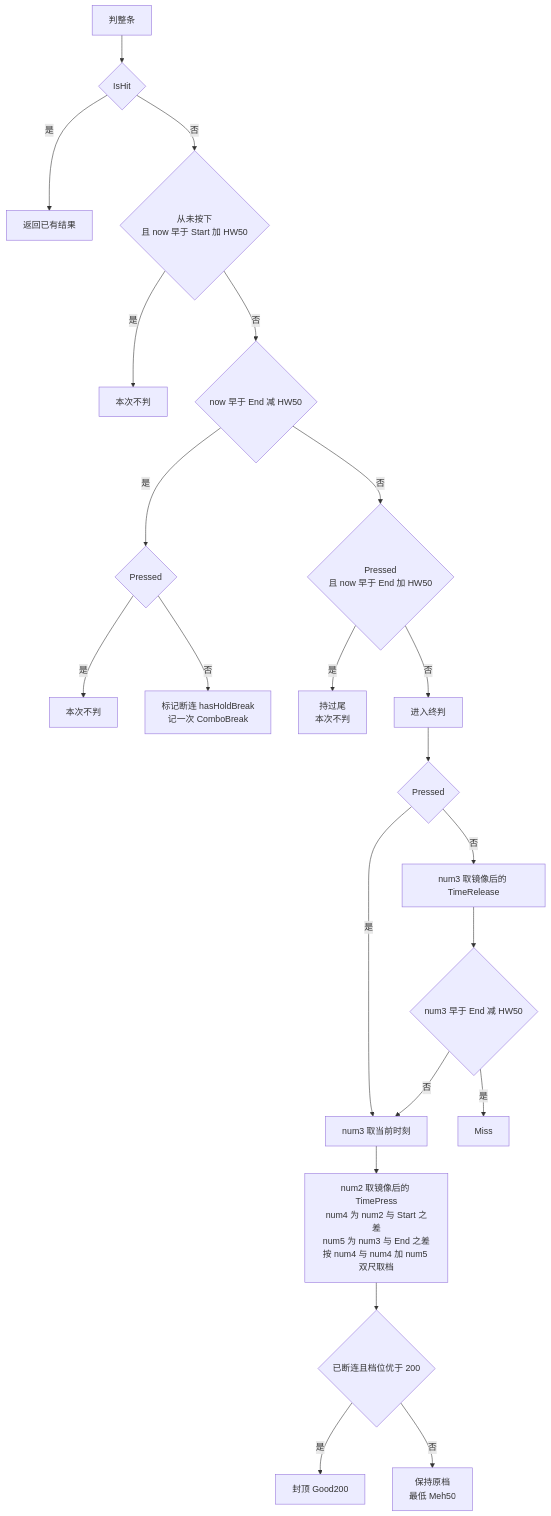
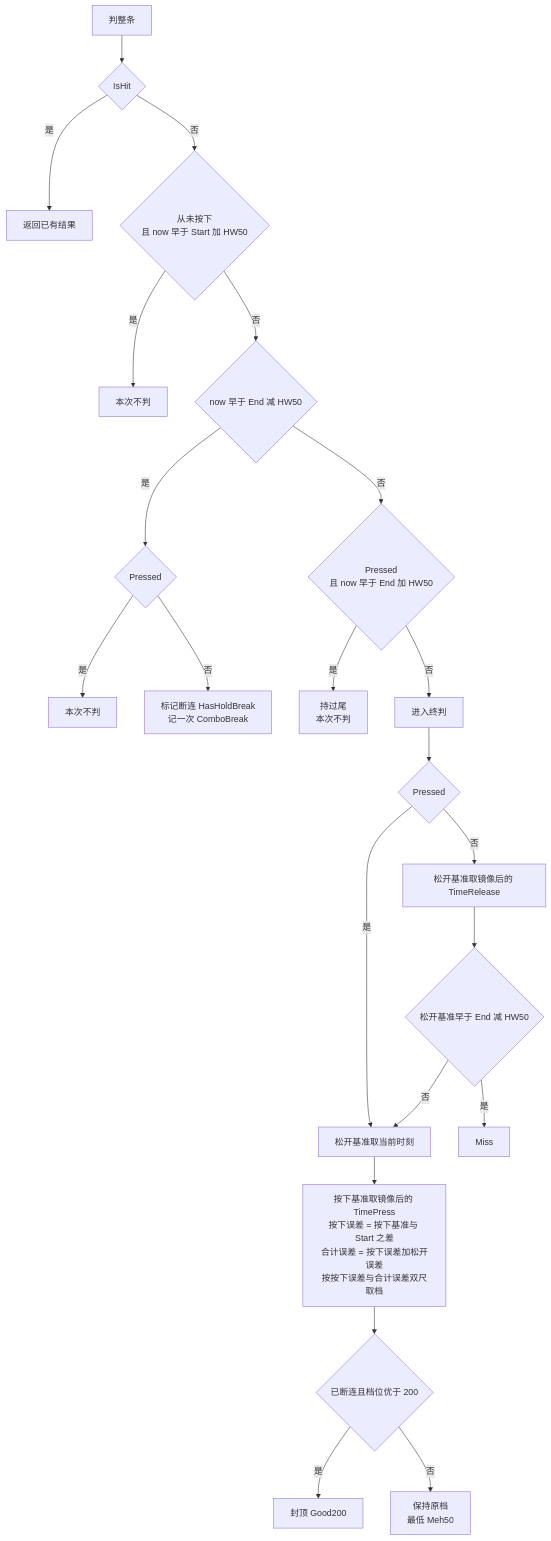
Before and after one commit to SK-la/Ez2Lazer: the second of 3 diagrams in docs/mania/stable-classic-hold-note.md, drawn with Mermaid. The commit also changed other lines of this file and 6 other files, not shown here.

````diff
--- a/docs/mania/stable-classic-hold-note.md
+++ b/docs/mania/stable-classic-hold-note.md
@@ -25,24 +24,24 @@
 ```mermaid
 flowchart TD
     A[判整条] --> B{IsHit}
     B -->|是| Z[返回已有结果]
     B -->|否| C{从未按下<br/>且 now 早于 Start 加 HW50}
     C -->|是| C1[本次不判]
     C -->|否| D{now 早于 End 减 HW50}
     D -->|是| E{Pressed}
     E -->|是| E1[本次不判]
-    E -->|否| E2[标记断连 hasHoldBreak<br/>记一次 ComboBreak]
+    E -->|否| E2[标记断连 HasHoldBreak<br/>记一次 ComboBreak]
     D -->|否| F{Pressed<br/>且 now 早于 End 加 HW50}
     F -->|是| F1[持过尾<br/>本次不判]
     F -->|否| G[进入终判]
     G --> H{Pressed}
-    H -->|是| H1[num3 取当前时刻]
-    H -->|否| H2[num3 取镜像后的 TimeRelease]
-    H2 --> I{num3 早于 End 减 HW50}
+    H -->|是| H1[松开基准取当前时刻]
+    H -->|否| H2[松开基准取镜像后的 TimeRelease]
+    H2 --> I{松开基准早于 End 减 HW50}
     I -->|是| M[Miss]
     I -->|否| H1
-    H1 --> K[num2 取镜像后的 TimePress<br/>num4 为 num2 与 Start 之差<br/>num5 为 num3 与 End 之差<br/>按 num4 与 num4 加 num5 双尺取档]
+    H1 --> K[按下基准取镜像后的 TimePress<br/>按下误差 = 按下基准与 Start 之差<br/>合计误差 = 按下误差加松开误差<br/>按按下误差与合计误差双尺取档]
     K --> L{已断连且档位优于 200}
     L -->|是| N[封顶 Good200]
     L -->|否| O[保持原档<br/>最低 Meh50]
 ```
````
